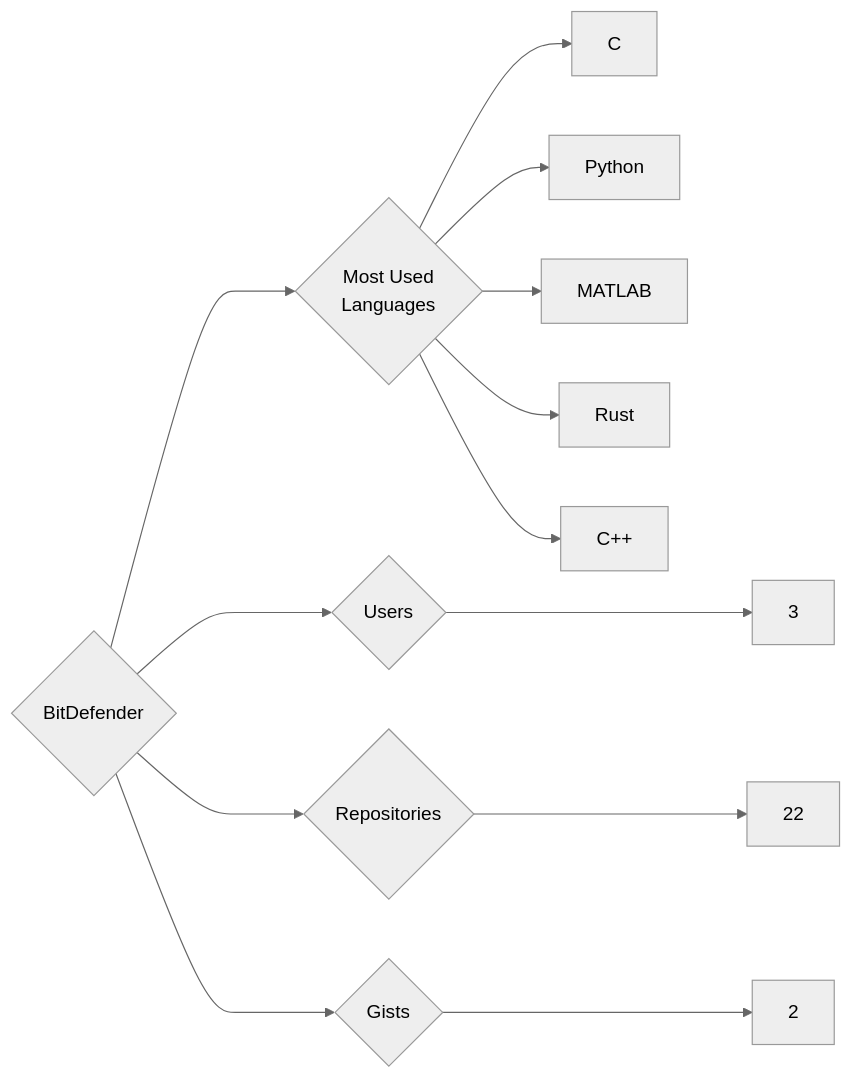
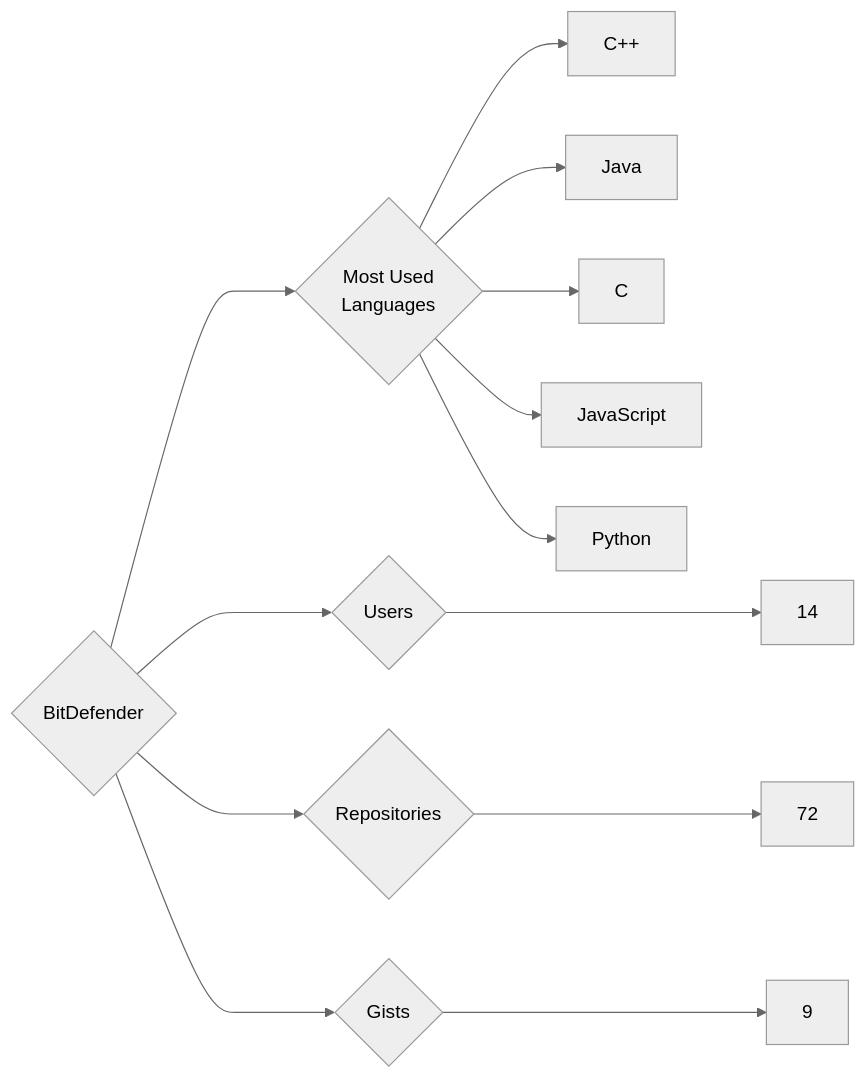
Before and after one commit to trickest/insiders: the diagram in targets/BitDefender/README.md, drawn with Mermaid (neutral theme). The commit also changed 594 other files, not shown here.

````diff
--- a/targets/BitDefender/README.md
+++ b/targets/BitDefender/README.md
@@ -3,13 +3,13 @@
 ```mermaid
 graph LR
 COMPANY_NAME{BitDefender}
-COMPANY_NAME ---> U{Users} ---> UN[3]
-COMPANY_NAME ---> R{Repositories} ---> RN[22]
-COMPANY_NAME ---> G{Gists} ---> GN[2]
+COMPANY_NAME ---> U{Users} ---> UN[14]
+COMPANY_NAME ---> R{Repositories} ---> RN[72]
+COMPANY_NAME ---> G{Gists} ---> GN[9]
 COMPANY_NAME ---> ML{Most Used<br>Languages}
+ML --> C++[C++]
+ML --> Java[Java]
 ML --> C[C]
+ML --> JavaScript[JavaScript]
 ML --> Python[Python]
-ML --> MATLAB[MATLAB]
-ML --> Rust[Rust]
-ML --> C++[C++]
 ```
````
